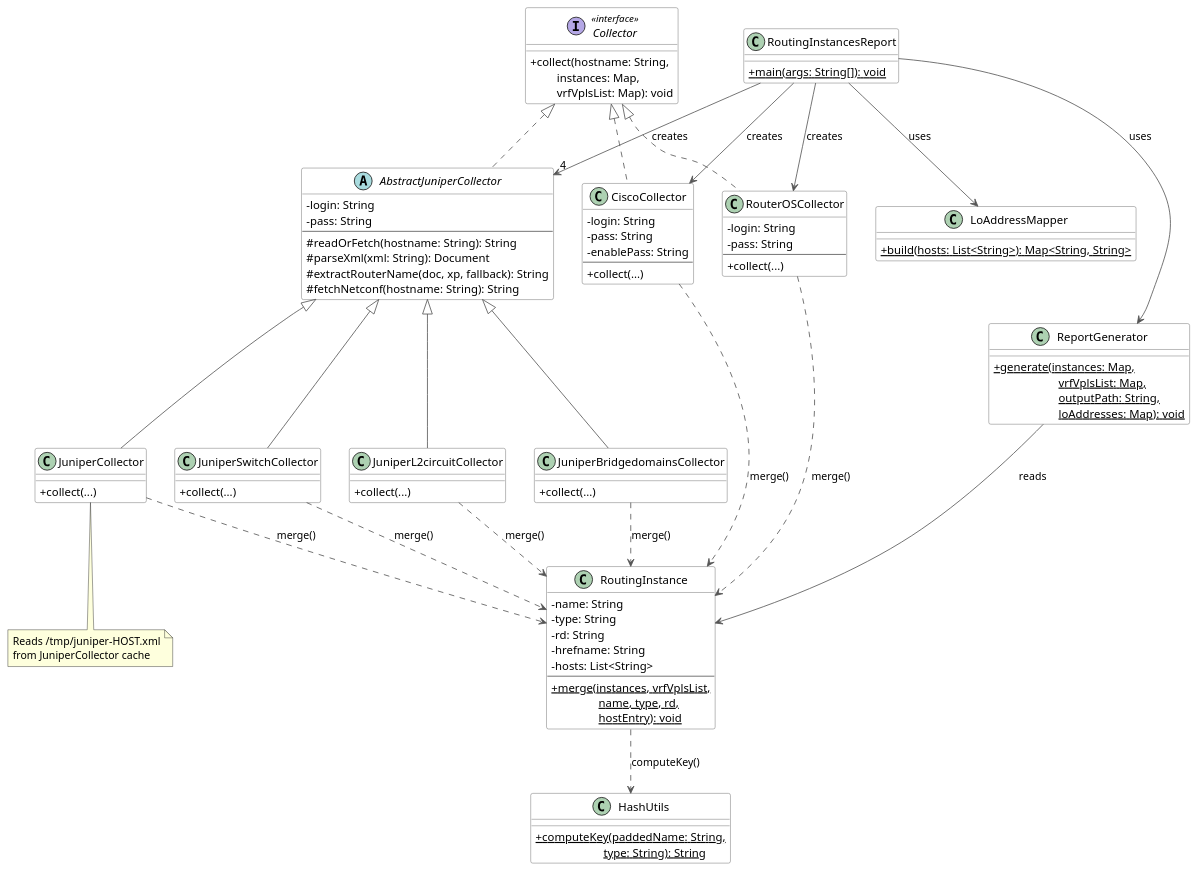
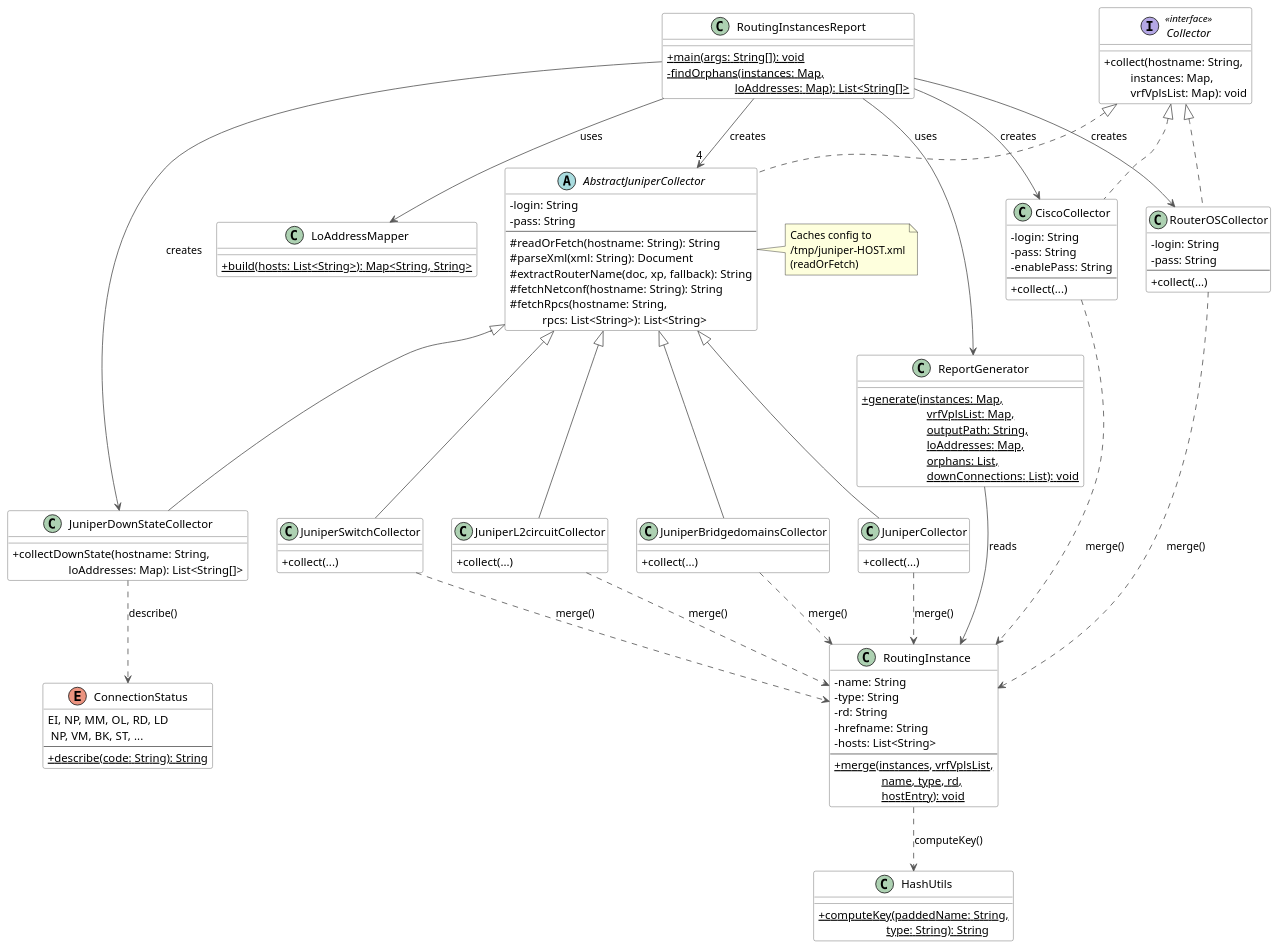
Before and after one commit to oldengremlin/routing-instances-report: the diagram in src/plantuml/classes.puml, drawn with PlantUML. The commit also changed 1 other file, not shown here.

Commit message:
Update PlantUML diagram: add JuniperDownStateCollector, ConnectionStatus
- JuniperDownStateCollector added with collectDownState() method
- ConnectionStatus enum added
- AbstractJuniperCollector shows fetchRpcs()
- ReportGenerator.generate() shows updated signature (orphans, downConnections)
- RoutingInstancesReport shows findOrphans()
- Note moved to AbstractJuniperCollector (readOrFetch cache)
- Regenerated docs/classes.svg

https://claude.ai/code/session_01EhWfKdJQtacJc6Uuu7zhVc

```diff
--- a/src/plantuml/classes.puml
+++ b/src/plantuml/classes.puml
@@ -1,120 +1,141 @@
 @startuml
 skinparam classAttributeIconSize 0
 skinparam shadowing false
 skinparam class {
     BackgroundColor White
     BorderColor #555555
     ArrowColor #555555
 }
 skinparam interface {
     BackgroundColor #E8F4E8
     BorderColor #555555
 }
 skinparam abstract {
     BackgroundColor #FFF8E0
     BorderColor #555555
 }
+skinparam enum {
+    BackgroundColor #F0E8FF
+    BorderColor #555555
+}
 
 interface Collector <<interface>> {
     +collect(hostname: String,\n         instances: Map,\n         vrfVplsList: Map): void
 }
 
 abstract class AbstractJuniperCollector {
     -login: String
     -pass: String
     --
     #readOrFetch(hostname: String): String
     #parseXml(xml: String): Document
     #extractRouterName(doc, xp, fallback): String
     #fetchNetconf(hostname: String): String
+    #fetchRpcs(hostname: String,\n           rpcs: List<String>): List<String>
 }
 
 class JuniperCollector {
     +collect(...)
 }
 
 class JuniperSwitchCollector {
     +collect(...)
 }
 
 class JuniperL2circuitCollector {
     +collect(...)
 }
 
 class JuniperBridgedomainsCollector {
     +collect(...)
+}
+
+class JuniperDownStateCollector {
+    +collectDownState(hostname: String,\n                   loAddresses: Map): List<String[]>
 }
 
 class CiscoCollector {
     -login: String
     -pass: String
     -enablePass: String
     --
     +collect(...)
 }
 
 class RouterOSCollector {
     -login: String
     -pass: String
     --
     +collect(...)
 }
 
 class RoutingInstance {
     -name: String
     -type: String
     -rd: String
     -hrefname: String
     -hosts: List<String>
     --
     +{static} merge(instances, vrfVplsList,\n                name, type, rd,\n                hostEntry): void
 }
 
 class HashUtils {
     +{static} computeKey(paddedName: String,\n                       type: String): String
 }
 
 class LoAddressMapper {
     +{static} build(hosts: List<String>): Map<String, String>
 }
 
+enum ConnectionStatus {
+    EI, NP, MM, OL, RD, LD\n NP, VM, BK, ST, ...
+    --
+    +{static} describe(code: String): String
+}
+
 class ReportGenerator {
-    +{static} generate(instances: Map,\n                      vrfVplsList: Map,\n                      outputPath: String,\n                      loAddresses: Map): void
+    +{static} generate(instances: Map,\n                      vrfVplsList: Map,\n                      outputPath: String,\n                      loAddresses: Map,\n                      orphans: List,\n                      downConnections: List): void
 }
 
 class RoutingInstancesReport {
     +{static} main(args: String[]): void
+    -{static} findOrphans(instances: Map,\n                       loAddresses: Map): List<String[]>
 }
 
 Collector <|.. AbstractJuniperCollector
 Collector <|.. CiscoCollector
 Collector <|.. RouterOSCollector
 
 AbstractJuniperCollector <|-- JuniperCollector
 AbstractJuniperCollector <|-- JuniperSwitchCollector
 AbstractJuniperCollector <|-- JuniperL2circuitCollector
 AbstractJuniperCollector <|-- JuniperBridgedomainsCollector
+AbstractJuniperCollector <|-- JuniperDownStateCollector
 
 RoutingInstancesReport --> "4" AbstractJuniperCollector : creates
+RoutingInstancesReport --> JuniperDownStateCollector : creates
 RoutingInstancesReport --> CiscoCollector : creates
 RoutingInstancesReport --> RouterOSCollector : creates
 RoutingInstancesReport --> LoAddressMapper : uses
 RoutingInstancesReport --> ReportGenerator : uses
 
 ReportGenerator --> RoutingInstance : reads
 
 JuniperCollector ..> RoutingInstance : merge()
 JuniperSwitchCollector ..> RoutingInstance : merge()
 JuniperL2circuitCollector ..> RoutingInstance : merge()
 JuniperBridgedomainsCollector ..> RoutingInstance : merge()
 CiscoCollector ..> RoutingInstance : merge()
 RouterOSCollector ..> RoutingInstance : merge()
 
+JuniperDownStateCollector ..> ConnectionStatus : describe()
+
 RoutingInstance ..> HashUtils : computeKey()
 
-note bottom of JuniperCollector
-  Reads /tmp/juniper-HOST.xml
-  from JuniperCollector cache
+note right of AbstractJuniperCollector
+  Caches config to
+  /tmp/juniper-HOST.xml
+  (readOrFetch)
 end note
 
 @enduml
```
